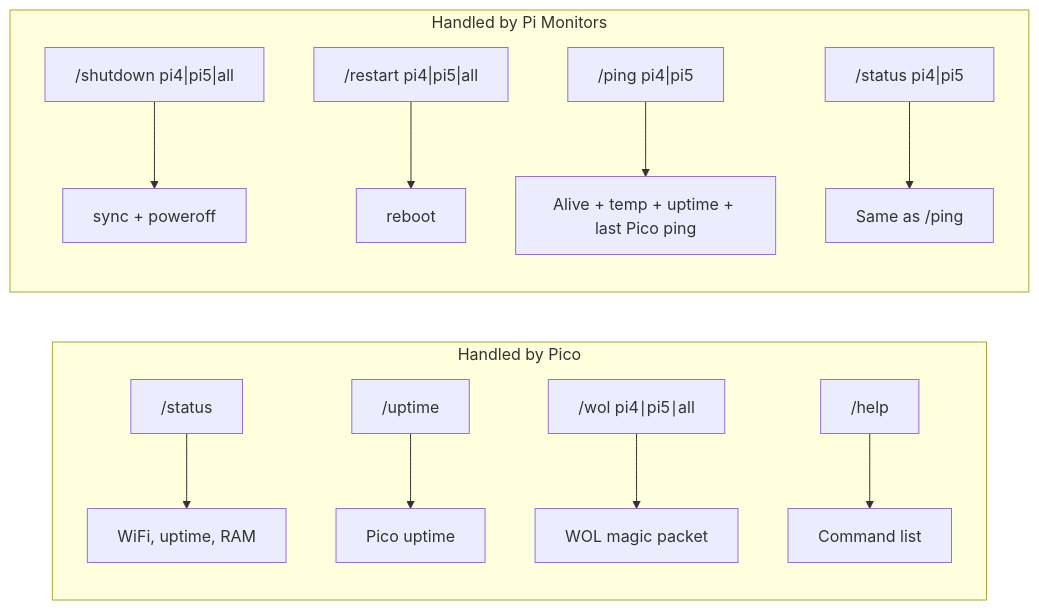
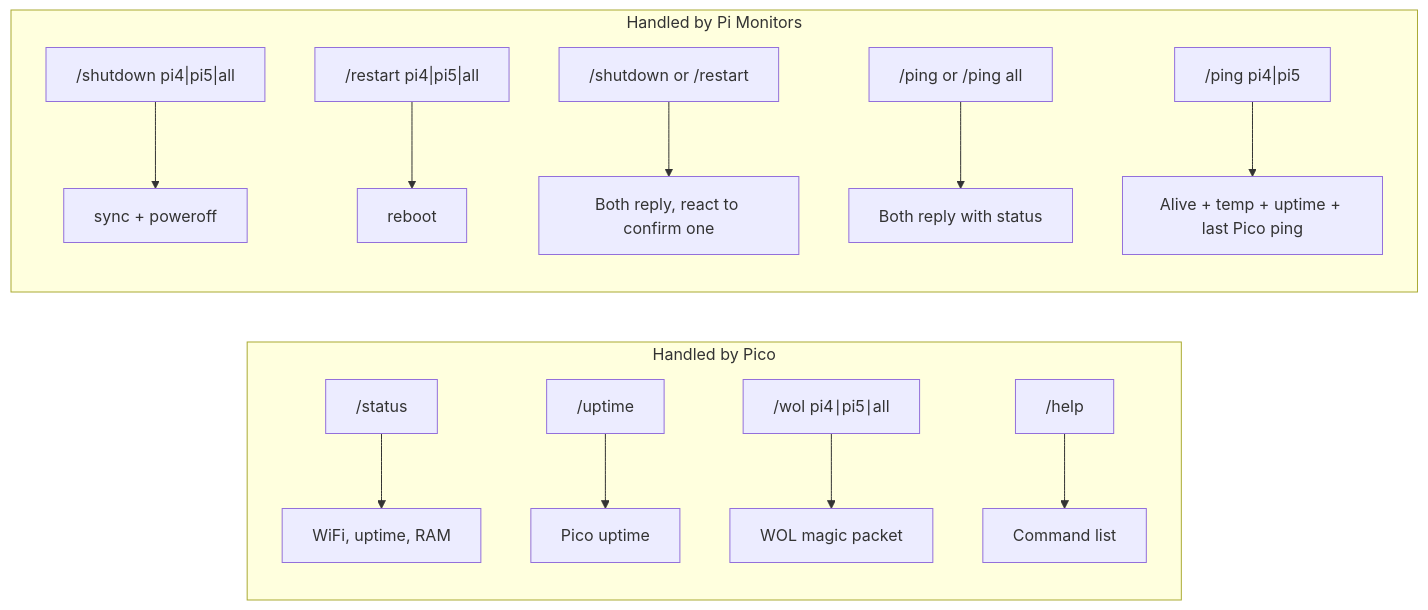
The third of 3 diagrams in README.md (sagniKdas53/home-mesh), drawn with Mermaid before and after one commit. The commit also changed 3 other files, not shown here.

Commit message:
feat: add reaction-based confirmation for Telegram shutdown/restart commands and document RPi4 WoL limitations.

````diff
--- a/README.md
+++ b/README.md
@@ -86,16 +86,17 @@
 ```mermaid
 graph LR
     subgraph "Handled by Pico"
         A["/status"] --> A1["WiFi, uptime, RAM"]
         B["/uptime"] --> B1["Pico uptime"]
         C["/wol pi4∣pi5∣all"] --> C1["WOL magic packet"]
         D["/help"] --> D1["Command list"]
     end
 
     subgraph "Handled by Pi Monitors"
         E["/shutdown pi4|pi5|all"] --> E1["sync + poweroff"]
         F["/restart pi4|pi5|all"] --> F1["reboot"]
-        G["/ping pi4|pi5"] --> G1["Alive + temp + uptime + last Pico ping"]
-        H["/status pi4|pi5"] --> H1["Same as /ping"]
+        G["/shutdown or /restart"] --> G1["Both reply, react to confirm one"]
+        I["/ping or /ping all"] --> I1["Both reply with status"]
+        H["/ping pi4|pi5"] --> H1["Alive + temp + uptime + last Pico ping"]
     end
 ```
````
